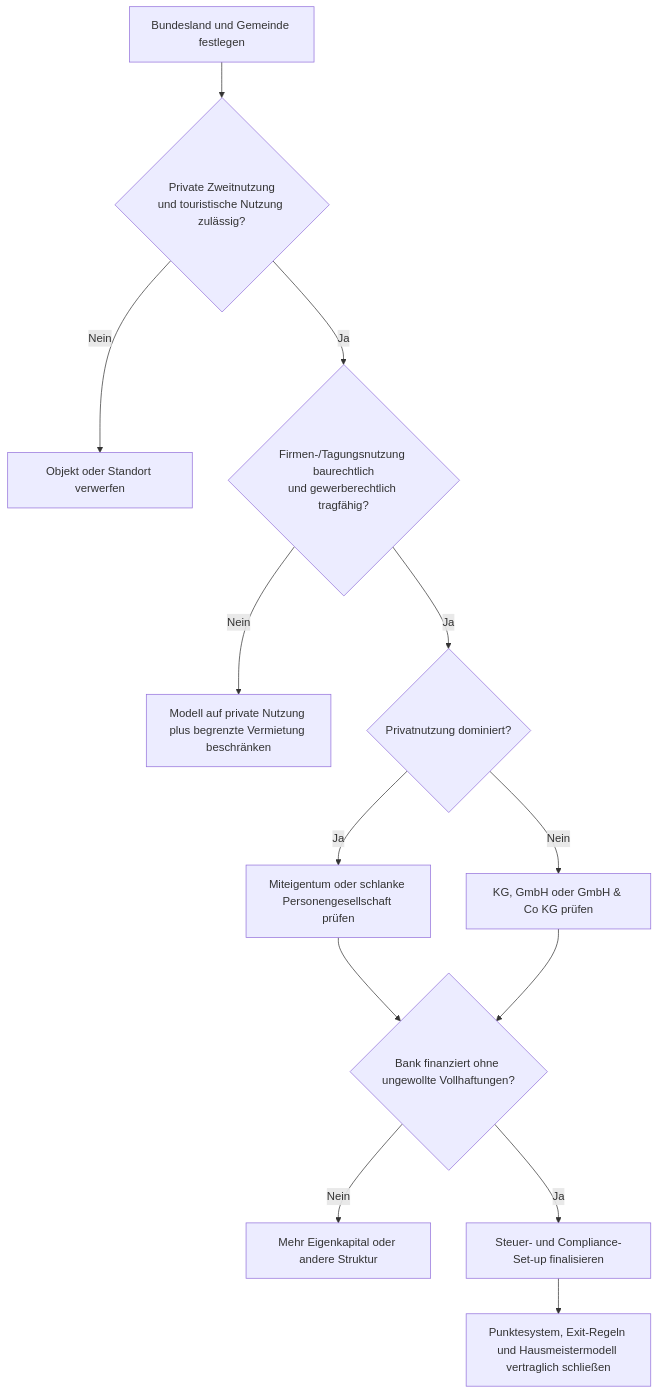
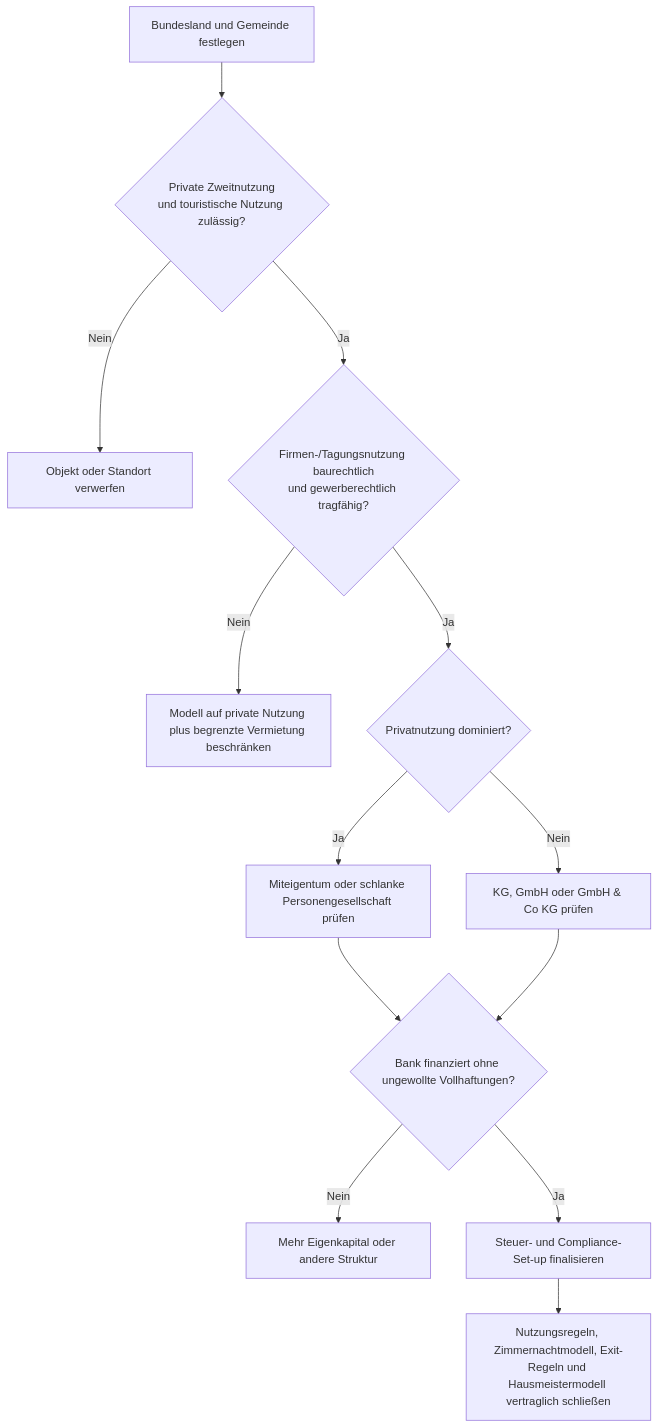
Before and after one commit to pdoeble/RenntnerHazienda: the first of 2 diagrams in wiki/01_overall.md, drawn with Mermaid. The commit also changed other lines of this file and 7 other files, not shown here.

````diff
--- a/wiki/01_overall.md
+++ b/wiki/01_overall.md
@@ -252,15 +259,15 @@
 ```mermaid
 flowchart TD
     A[Bundesland und Gemeinde festlegen] --> B{Private Zweitnutzung<br>und touristische Nutzung zulässig?}
     B -- Nein --> X[Objekt oder Standort verwerfen]
     B -- Ja --> C{Firmen-/Tagungsnutzung baurechtlich<br>und gewerberechtlich tragfähig?}
     C -- Nein --> D[Modell auf private Nutzung plus begrenzte Vermietung beschränken]
     C -- Ja --> E{Privatnutzung dominiert?}
     E -- Ja --> F[Miteigentum oder schlanke Personengesellschaft prüfen]
     E -- Nein --> G[KG, GmbH oder GmbH & Co KG prüfen]
     F --> H{Bank finanziert ohne ungewollte Vollhaftungen?}
     G --> H
     H -- Nein --> I[Mehr Eigenkapital oder andere Struktur]
     H -- Ja --> J[Steuer- und Compliance-Set-up finalisieren]
-    J --> K[Punktesystem, Exit-Regeln und Hausmeistermodell vertraglich schließen]
+    J --> K[Nutzungsregeln, Zimmernachtmodell, Exit-Regeln und Hausmeistermodell vertraglich schließen]
 ```
````
